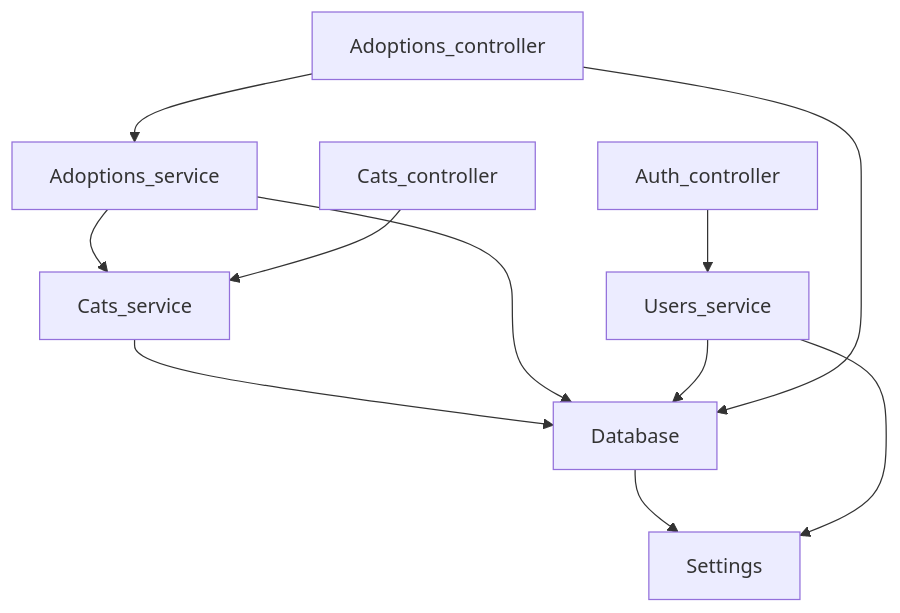
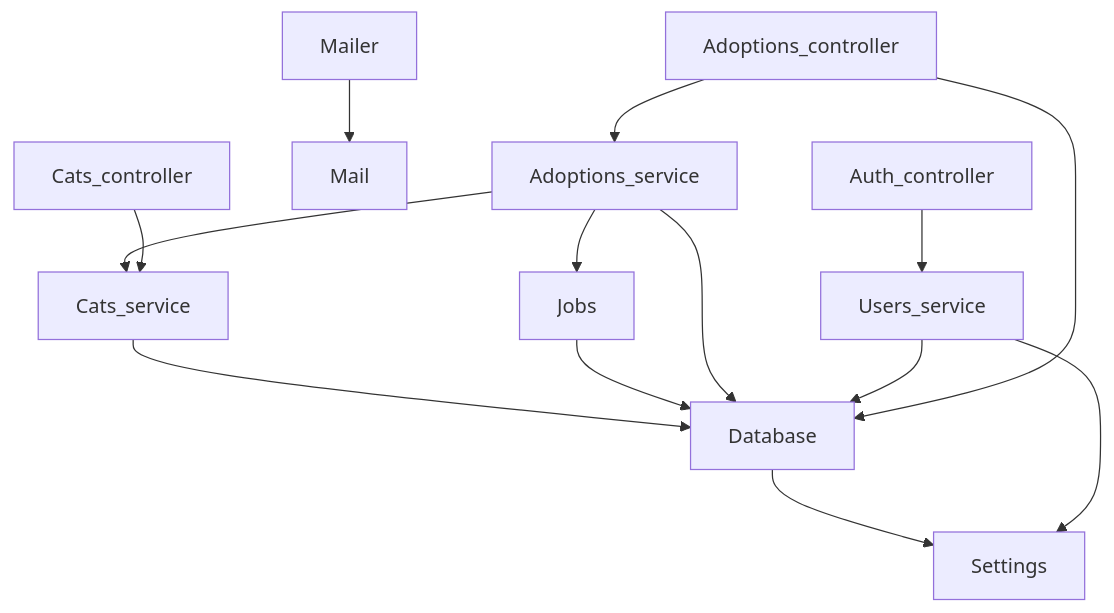
One commit to jongleb/kre changed the diagram in docs/actuator.md. Above: the diagram before and after it, drawn with Mermaid. The commit also changed 16 other files, not shown here.

````diff
--- a/docs/actuator.md
+++ b/docs/actuator.md
@@ -18,14 +18,18 @@
 ```mermaid
 graph TD
   Settings
   Database --> Settings
   Cats_service --> Database
+  Jobs --> Database
   Adoptions_service --> Database
   Adoptions_service --> Cats_service
+  Adoptions_service --> Jobs
+  Mail
+  Mailer --> Mail
   Users_service --> Settings
   Users_service --> Database
   Adoptions_controller --> Adoptions_service
   Adoptions_controller --> Database
   Auth_controller --> Users_service
   Cats_controller --> Cats_service
 ```
````
